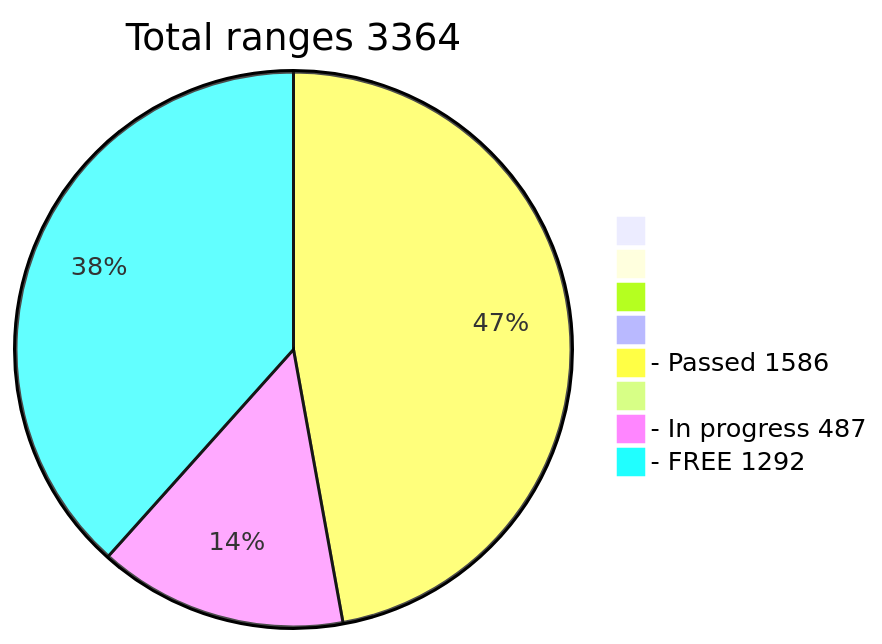
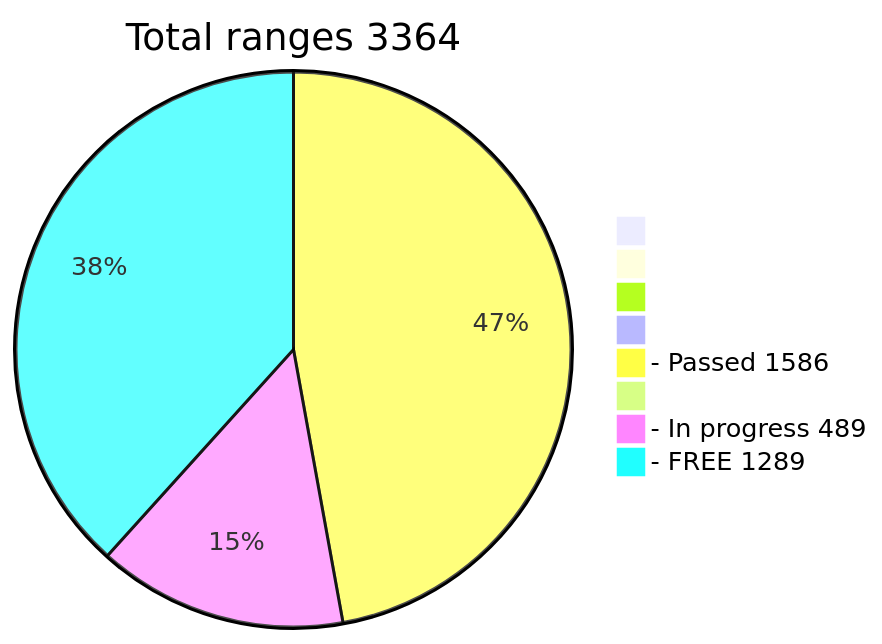
One commit to phrutis/wif500 changed the diagram in README.md. Above: the diagram before and after it, drawn with Mermaid.

````diff
--- a/README.md
+++ b/README.md
@@ -16,12 +16,12 @@
 ```mermaid
 pie title Total ranges 3364
              " " : 0
             "  " : 0
            "   " : 0
           "    " : 0
   "- Passed 1586" : 1586
          "     " : 0
-  "- In progress 487" : 487
-   "- FREE 1292" : 1291
+  "- In progress 489" : 489
+   "- FREE 1289" : 1289
    
 ```
````
